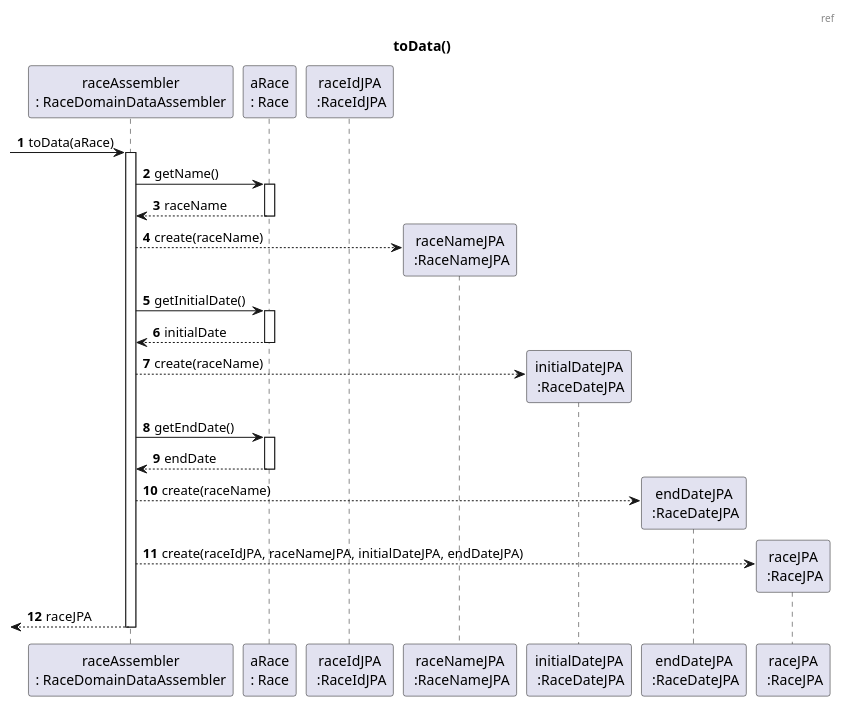
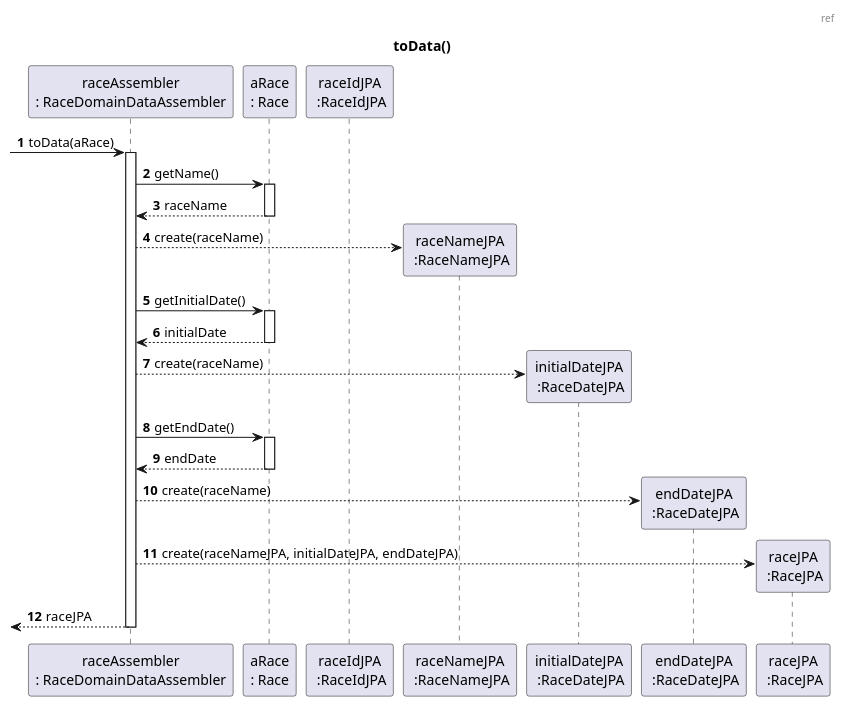
One commit to FilipaBorges94/Bicycles changed the fifth of 6 diagrams in docs/user_stories/US01_Create_Race.md. Above: the diagram before and after it, drawn with PlantUML. The commit also changed other lines of this file, not shown here.

Commit message:
US01 remove raceId in SD

````diff
--- a/docs/user_stories/US01_Create_Race.md
+++ b/docs/user_stories/US01_Create_Race.md
@@ -275,45 +275,45 @@
 ```puml
 <!--
 @startuml US001_SD_Ref2
 header ref
 title toData()
 autonumber
 participant "raceAssembler\n: RaceDomainDataAssembler" as RDDA
 participant "aRace\n: Race" as SC
 participant "raceIdJPA\n :RaceIdJPA" as RIdJPA
 participant "raceNameJPA\n :RaceNameJPA" as RNJPA
 participant "initialDateJPA\n :RaceDateJPA" as RinitDJPA
 participant "endDateJPA\n :RaceDateJPA" as RendDJPA
 participant "raceJPA\n :RaceJPA" as RJPA
 
 [-> RDDA: toData(aRace)
 
 activate RDDA
 
 
 RDDA -> SC: getName()
 activate SC
 SC--> RDDA : raceName
 deactivate SC
 RDDA --> RNJPA ** : create(raceName)
 
 RDDA -> SC: getInitialDate()
 activate SC
 SC--> RDDA : initialDate
 deactivate SC
 RDDA --> RinitDJPA ** : create(raceName)
 
 RDDA -> SC: getEndDate()
 activate SC
 SC--> RDDA : endDate
 deactivate SC
 RDDA --> RendDJPA ** : create(raceName)
 
-RDDA --> RJPA ** : create(raceIdJPA, raceNameJPA, initialDateJPA, endDateJPA)
+RDDA --> RJPA ** : create(raceNameJPA, initialDateJPA, endDateJPA)
 
 [<-- RDDA: raceJPA
 deactivate RDDA
 
 @enduml
 -->
 ```
````
